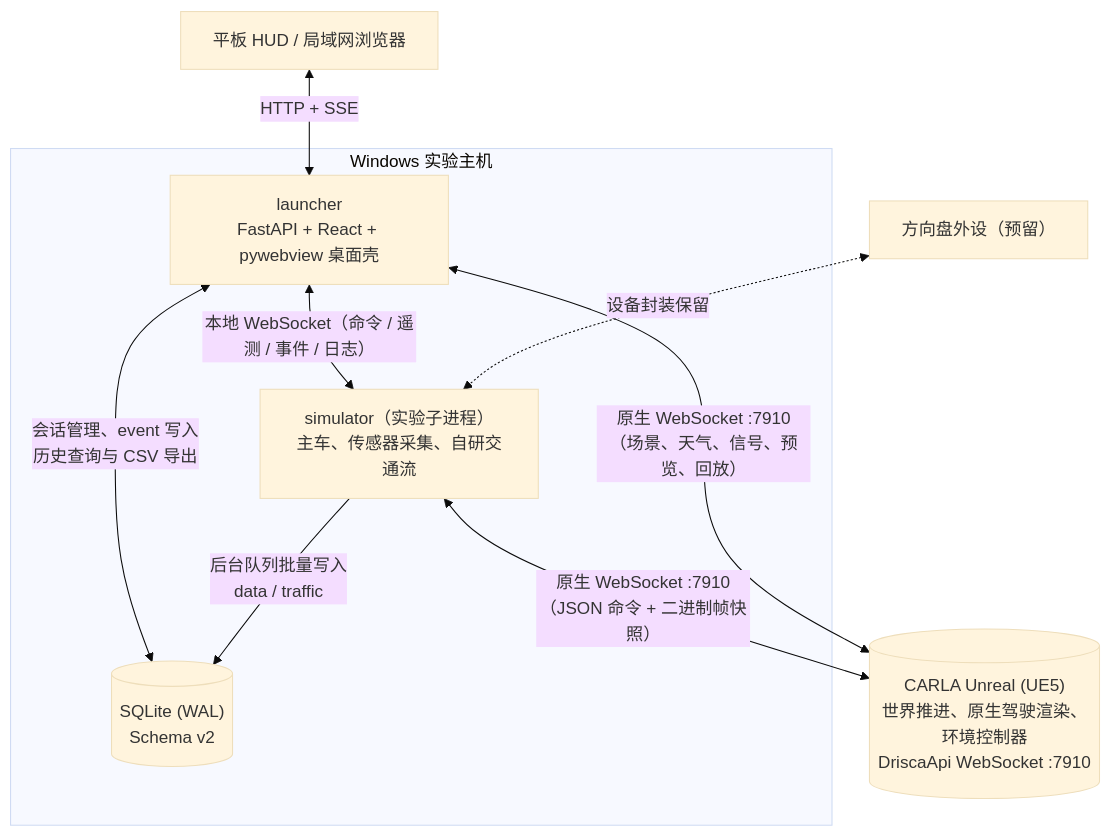
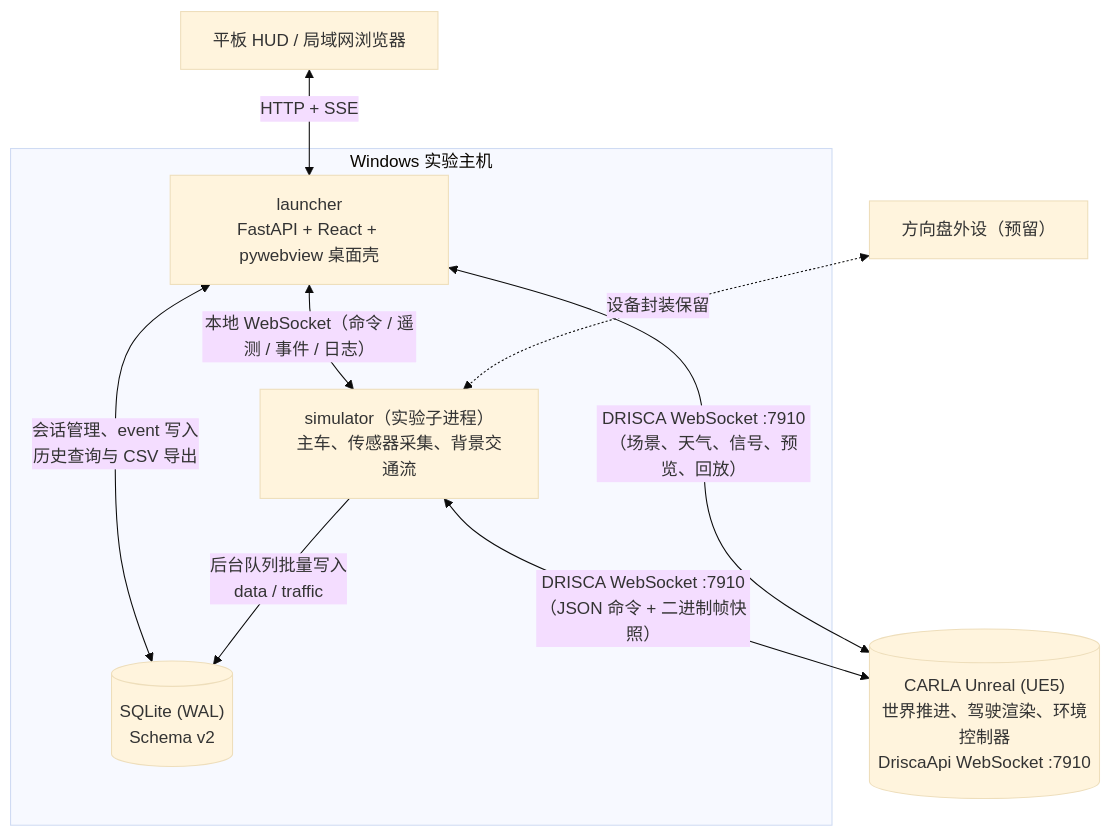
The first of 2 diagrams in docs/design/01-Architecture.md (ZiyuZ/DRISCA), drawn with Mermaid (base theme) before and after one commit. The commit also changed other lines of this file and 32 other files, not shown here.

Commit message:
docs: 统一文档表述、补全最新功能说明并嵌入运行截图

````diff
--- a/docs/design/01-Architecture.md
+++ b/docs/design/01-Architecture.md
@@ -7,21 +7,21 @@
 ```mermaid
 flowchart TD
     hud["平板 HUD / 局域网浏览器"]
     wheel["方向盘外设（预留）"]
 
     subgraph host["Windows 实验主机"]
         launcher["launcher<br/>FastAPI + React + pywebview 桌面壳"]
-        simulator["simulator（实验子进程）<br/>主车、传感器采集、自研交通流"]
+        simulator["simulator（实验子进程）<br/>主车、传感器采集、背景交通流"]
         db[("SQLite (WAL)<br/>Schema v2")]
     end
 
-    carla[("CARLA Unreal (UE5)<br/>世界推进、原生驾驶渲染、环境控制器<br/>DriscaApi WebSocket :7910")]
+    carla[("CARLA Unreal (UE5)<br/>世界推进、驾驶渲染、环境控制器<br/>DriscaApi WebSocket :7910")]
 
     hud <-->|"HTTP + SSE"| launcher
     wheel <-.->|"设备封装保留"| simulator
     launcher <-->|"本地 WebSocket（命令 / 遥测 / 事件 / 日志）"| simulator
-    launcher <-->|"原生 WebSocket :7910<br/>（场景、天气、信号、预览、回放）"| carla
-    simulator <-->|"原生 WebSocket :7910<br/>（JSON 命令 + 二进制帧快照）"| carla
+    launcher <-->|"DRISCA WebSocket :7910<br/>（场景、天气、信号、预览、回放）"| carla
+    simulator <-->|"DRISCA WebSocket :7910<br/>（JSON 命令 + 二进制帧快照）"| carla
     simulator -->|"后台队列批量写入<br/>data / traffic"| db
     launcher <-->|"会话管理、event 写入<br/>历史查询与 CSV 导出"| db
 ```
````
